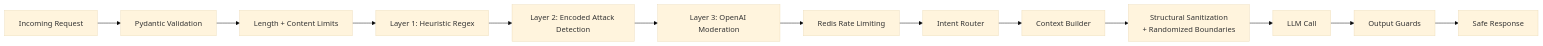
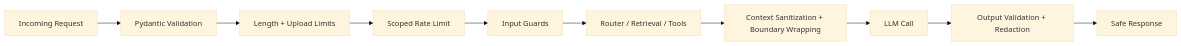
The diagram in docs/security.md (Fejjii/Career-Consultant-Platform), drawn with Mermaid (base theme) before and after one commit. The commit also changed other lines of this file and 98 other files, not shown here.

````diff
--- a/docs/security.md
+++ b/docs/security.md
@@ -5,15 +18,12 @@
 ```mermaid
 flowchart LR
     req["Incoming Request"] --> val["Pydantic Validation"]
-    val --> len["Length + Content Limits"]
-    len --> L1["Layer 1: Heuristic Regex"]
-    L1 --> L2["Layer 2: Encoded Attack Detection"]
-    L2 --> L3["Layer 3: OpenAI Moderation"]
-    L3 --> rl["Redis Rate Limiting"]
-    rl --> router["Intent Router"]
-    router --> ctx["Context Builder"]
-    ctx --> san["Structural Sanitization<br/>+ Randomized Boundaries"]
+    val --> len["Length + Upload Limits"]
+    len --> rl["Scoped Rate Limit"]
+    rl --> ig["Input Guards"]
+    ig --> router["Router / Retrieval / Tools"]
+    router --> san["Context Sanitization + Boundary Wrapping"]
     san --> llm["LLM Call"]
-    llm --> og["Output Guards"]
+    llm --> og["Output Validation + Redaction"]
     og --> resp["Safe Response"]
 ```
````
